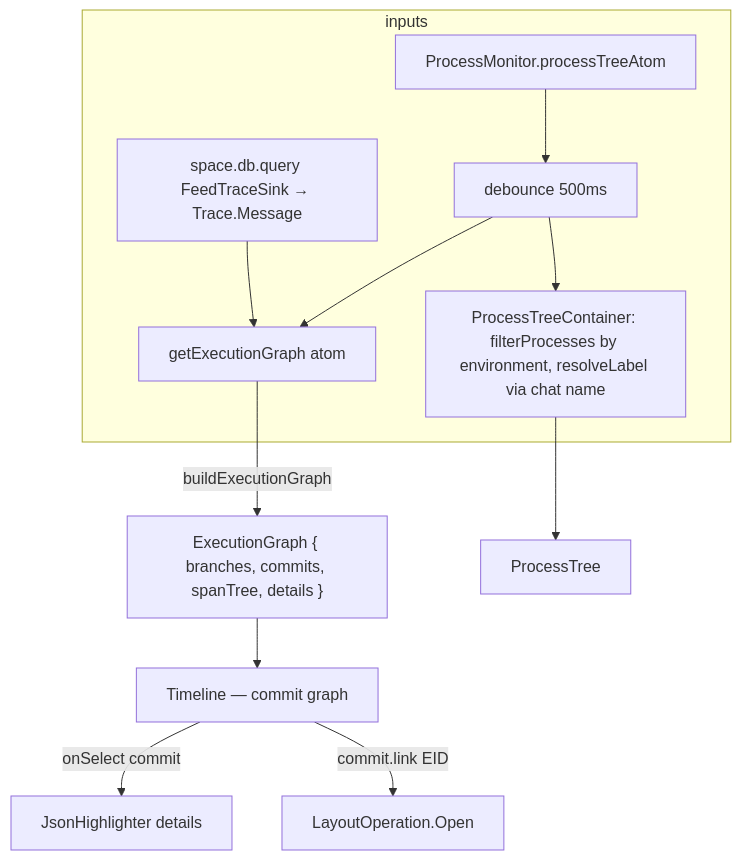
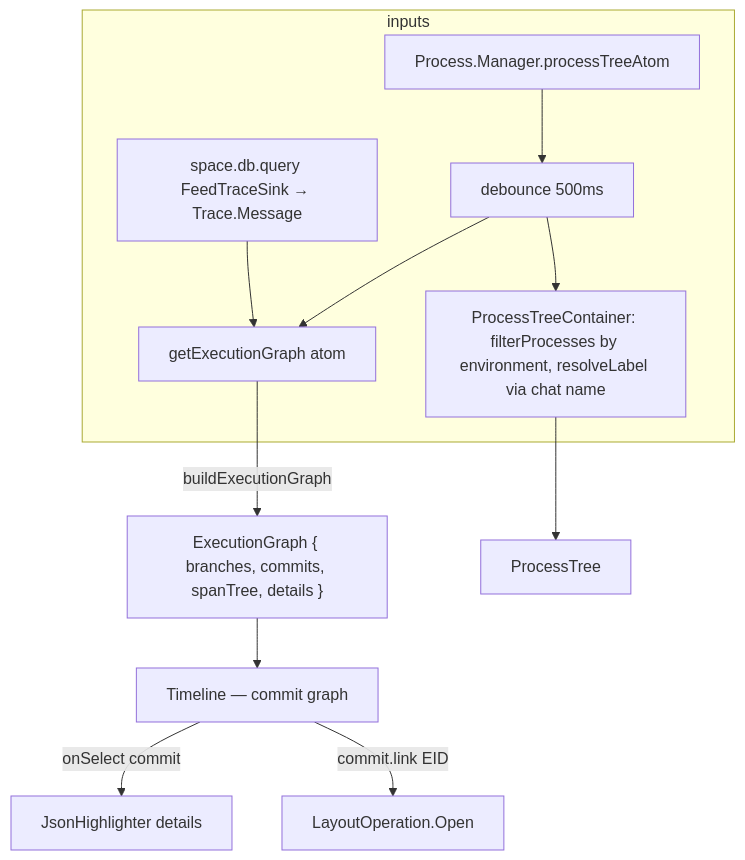
Before and after one commit to dxos/dxos: the sixth of 9 diagrams in packages/plugins/plugin-assistant/docs/ACTIVITY.md, drawn with Mermaid. The commit also changed other lines of this file and 37 other files, not shown here.

First line of the commit message:
compute: Process.Manager replaces Process.Monitor; add Process.isTerminal

````diff
--- a/packages/plugins/plugin-assistant/docs/ACTIVITY.md
+++ b/packages/plugins/plugin-assistant/docs/ACTIVITY.md
@@ -454,14 +454,14 @@
 ```mermaid
 flowchart TB
   subgraph inputs
-    M[ProcessMonitor.processTreeAtom] --> D1[debounce 500ms]
+    M[Process.Manager.processTreeAtom] --> D1[debounce 500ms]
     S[space.db.query FeedTraceSink → Trace.Message] --> G
     D1 --> G[getExecutionGraph atom]
     D1 --> PT
   end
   G --> |buildExecutionGraph| EG["ExecutionGraph { branches, commits, spanTree, details }"]
   EG --> TL[Timeline — commit graph]
   PT[ProcessTreeContainer: filterProcesses by environment, resolveLabel via chat name] --> PTree[ProcessTree]
   TL --> |onSelect commit| DET[JsonHighlighter details]
   TL --> |commit.link EID| NAV[LayoutOperation.Open]
 ```
````
